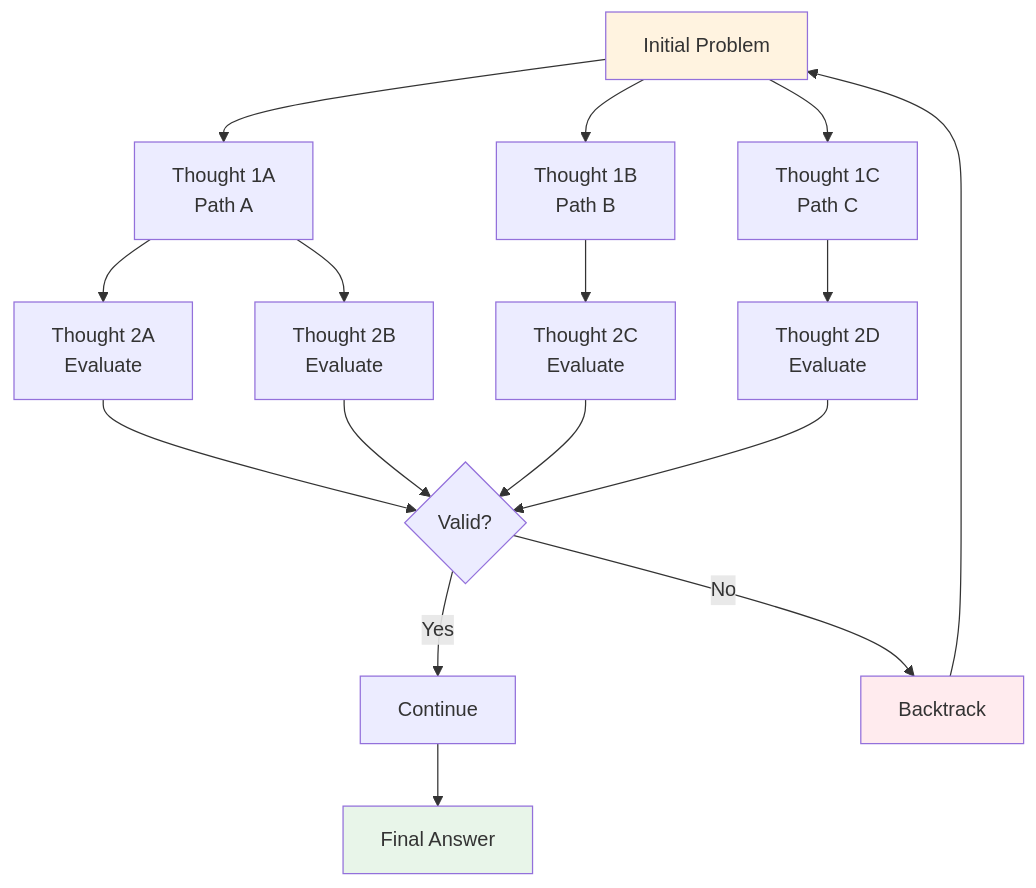
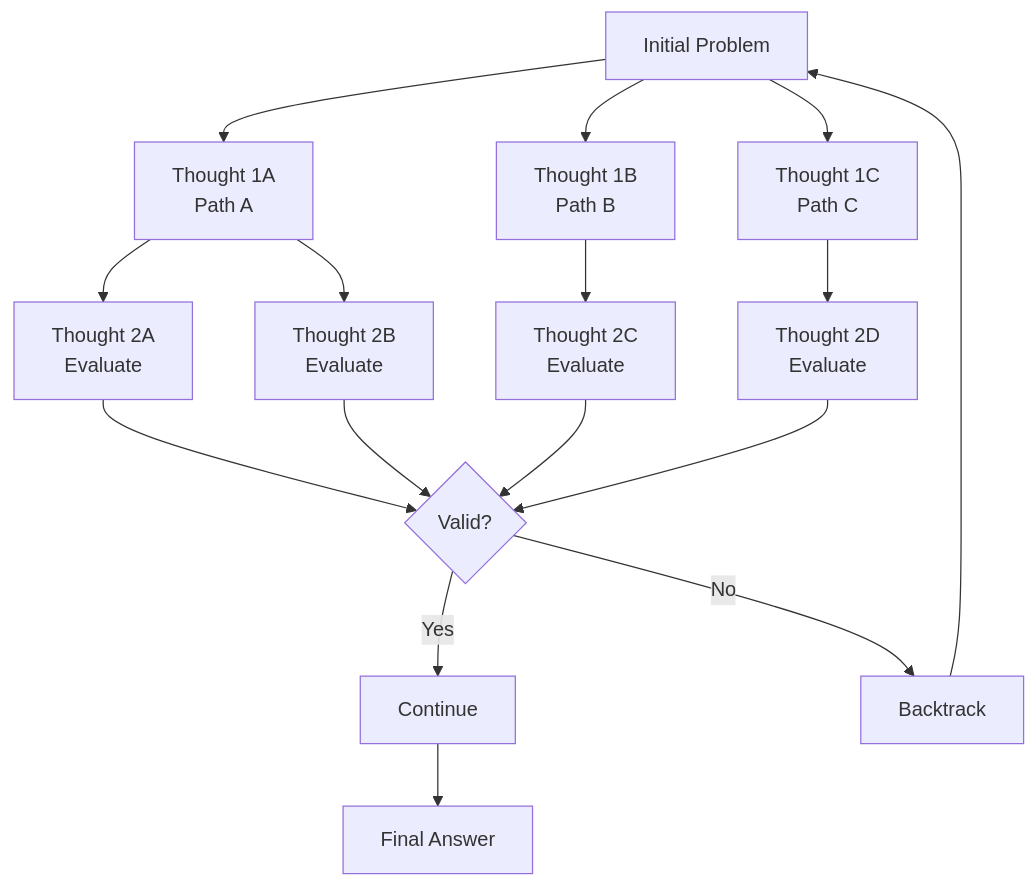
The second of 5 diagrams in 03-reasoning-en.md (yuexiaoliang/prompt-engineering-learning), drawn with Mermaid before and after one commit. The commit also changed other lines of this file and 3 other files, not shown here.

First line of the commit message:
fix(prompt-engineering): remove remaining hardcoded mermaid fill styles

````diff
--- a/03-reasoning-en.md
+++ b/03-reasoning-en.md
@@ -182,26 +180,23 @@
 ```mermaid
 graph TD
     A[Initial Problem] --> B[Thought 1A<br/>Path A]
     A --> C[Thought 1B<br/>Path B]
     A --> D[Thought 1C<br/>Path C]
 
     B --> E[Thought 2A<br/>Evaluate]
     B --> F[Thought 2B<br/>Evaluate]
     C --> G[Thought 2C<br/>Evaluate]
     D --> H[Thought 2D<br/>Evaluate]
 
     E --> I{Valid?}
     F --> I
     G --> I
     H --> I
 
     I -->|Yes| J[Continue]
     I -->|No| K[Backtrack]
 
     J --> L[Final Answer]
     K --> A
 
-    style A fill:#fff3e0
-    style L fill:#e8f5e9
-    style K fill:#ffebee
 ```
````
